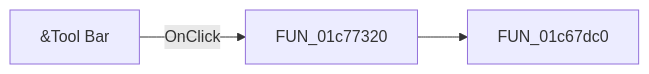
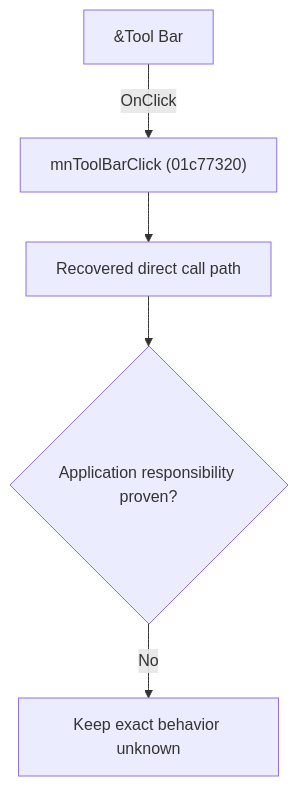
One commit to MovGP0/TIARA changed the diagram in docs/ui-controls/schematiceditor/mntoolbar-4f8fcc0ccf.md. Above: the diagram before and after it, drawn with Mermaid. The commit also changed other lines of this file and 1062 other files, not shown here.

````diff
--- a/docs/ui-controls/schematiceditor/mntoolbar-4f8fcc0ccf.md
+++ b/docs/ui-controls/schematiceditor/mntoolbar-4f8fcc0ccf.md
@@ -27,5 +27,7 @@
 ```mermaid
-flowchart LR
-    control["&Tool Bar"] -->|OnClick| handler["FUN_01c77320"]
-    handler --> call1["FUN_01c67dc0"]
+flowchart TD
+    control["&Tool Bar"] -->|"OnClick"| handler["mnToolBarClick (01c77320)"]
+    handler --> recovered["Recovered direct call path"]
+    recovered --> gap{"Application responsibility proven?"}
+    gap -->|"No"| blocked["Keep exact behavior unknown"]
 ```
````
